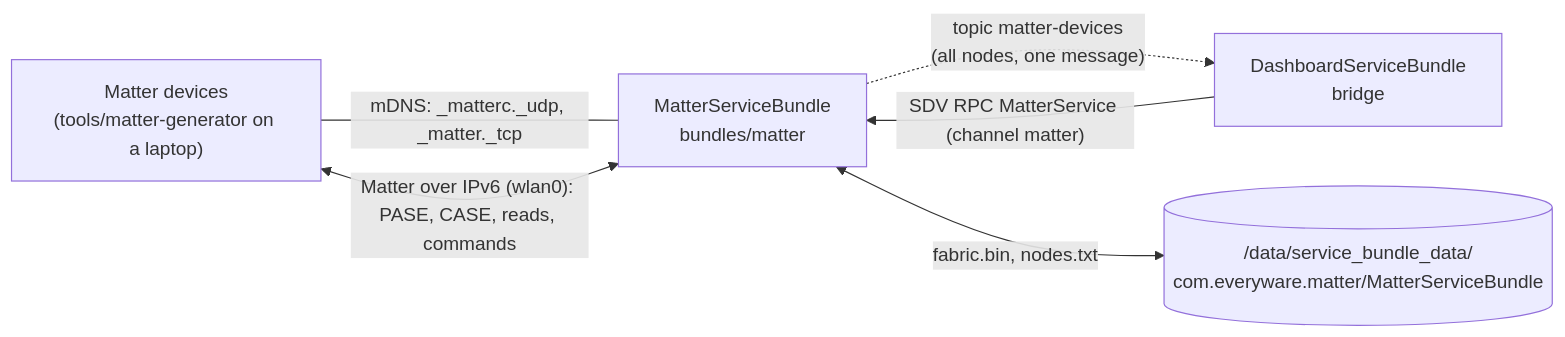
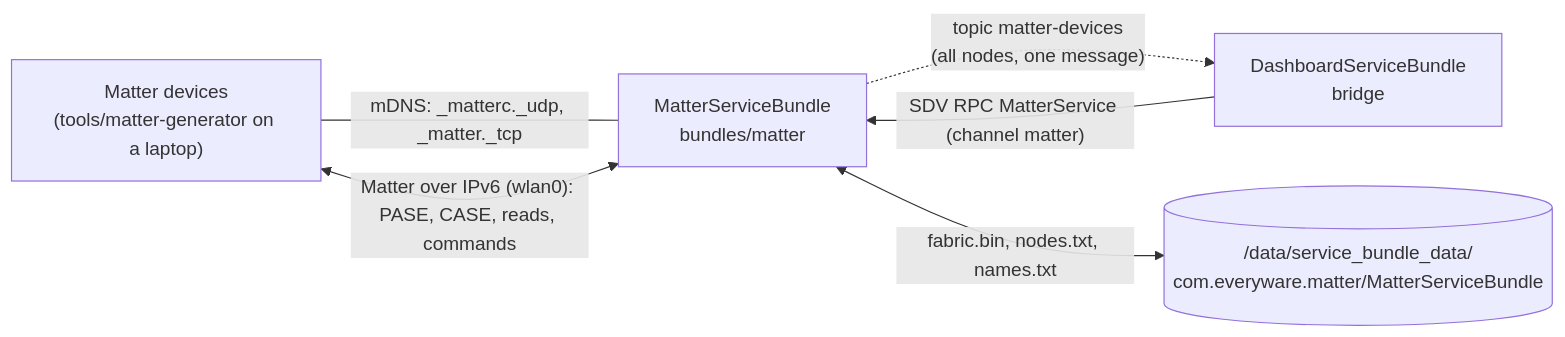
The diagram in bundles/matter/README.md (sdv-everyware/everyware), drawn with Mermaid before and after one commit. The commit also changed other lines of this file and 6 other files, not shown here.

````diff
--- a/bundles/matter/README.md
+++ b/bundles/matter/README.md
@@ -10,8 +10,8 @@
 ```mermaid
 flowchart LR
     DEV["Matter devices<br/>(tools/matter-generator on a laptop)"] -- "mDNS: _matterc._udp, _matter._tcp" --- MB
     DEV <-- "Matter over IPv6 (wlan0): PASE, CASE, reads, commands" --> MB
     MB["MatterServiceBundle<br/>bundles/matter"] -. "topic matter-devices<br/>(all nodes, one message)" .-> DB["DashboardServiceBundle<br/>bridge"]
     DB -- "SDV RPC MatterService (channel matter)" --> MB
-    MB <-- "fabric.bin, nodes.txt" --> ST[("/data/service_bundle_data/<br/>com.everyware.matter/MatterServiceBundle")]
+    MB <-- "fabric.bin, nodes.txt, names.txt" --> ST[("/data/service_bundle_data/<br/>com.everyware.matter/MatterServiceBundle")]
 ```
````
